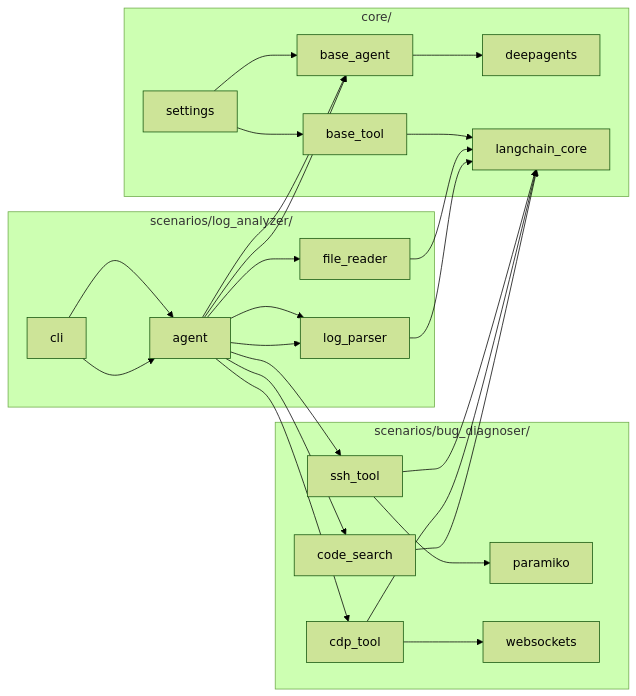
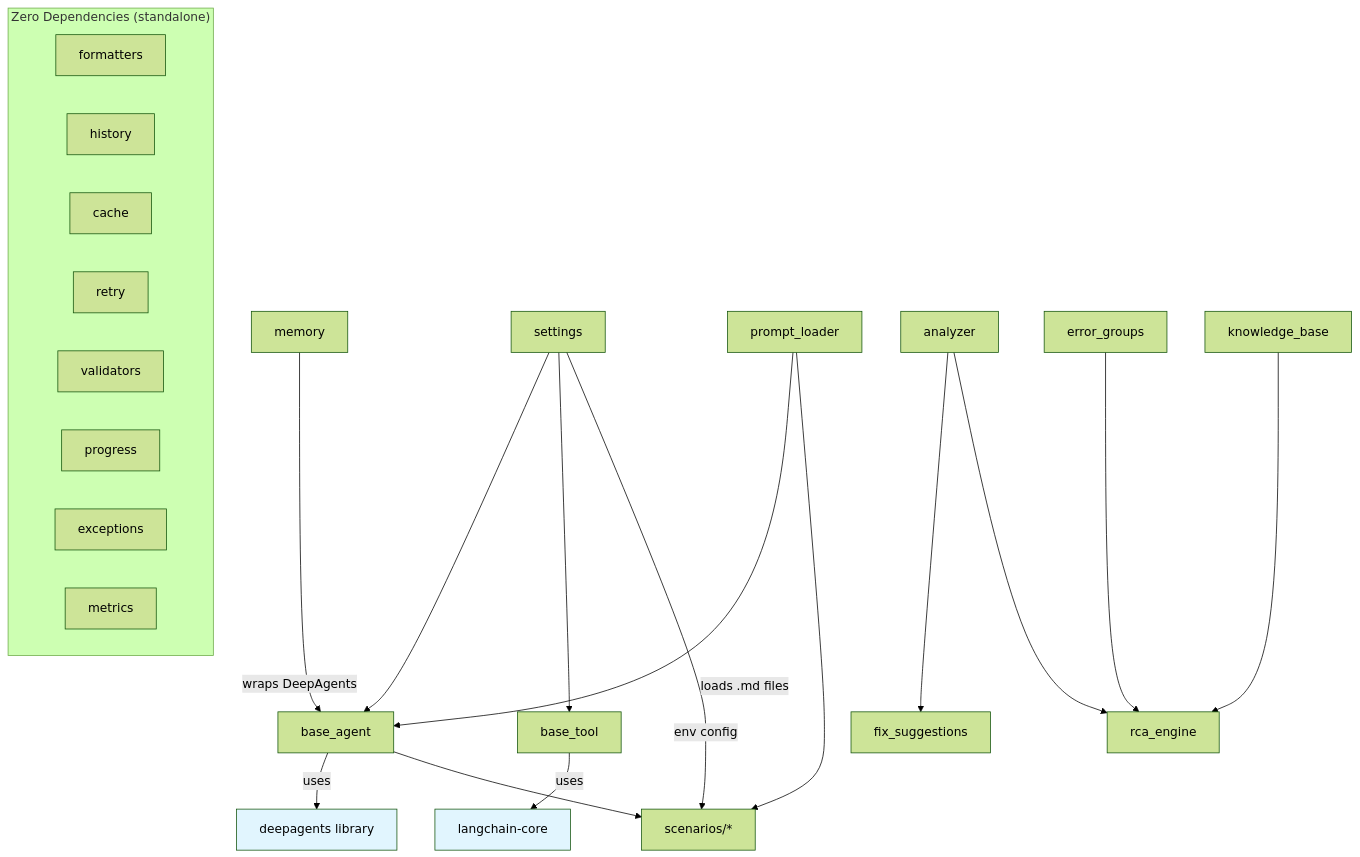
Before and after one commit to afine907/agent-bug-killer: the seventh of 10 diagrams in docs/architecture.md, drawn with Mermaid (forest theme). The commit also changed other lines of this file and 22 other files, not shown here.

````diff
--- a/docs/architecture.md
+++ b/docs/architecture.md
@@ -126,32 +356,32 @@
 ```mermaid
-graph LR
-    subgraph "core/"
-        settings --> base_agent
-        settings --> base_tool
-        base_agent --> deepagents
-        base_tool --> langchain_core
+graph TD
+    settings --> base_agent & base_tool
+    prompt_loader --> |"loads .md files"| base_agent
+    memory --> |"wraps DeepAgents"| base_agent
+
+    base_agent --> |"uses"| deepagents[deepagents library]
+    base_tool --> |"uses"| langchain[langchain-core]
+
+    analyzer --> fix_suggestions
+    error_groups --> rca_engine
+    analyzer --> rca_engine
+    knowledge_base --> rca_engine
+
+    settings --> |"env config"| scenarios[scenarios/*]
+    base_agent --> scenarios
+    prompt_loader --> scenarios
+
+    subgraph "Zero Dependencies (standalone)"
+        formatters
+        history
+        cache
+        retry
+        validators
+        progress
+        exceptions
+        metrics
     end
 
-    subgraph "scenarios/log_analyzer/"
-        file_reader --> langchain_core
-        log_parser --> langchain_core
-        agent --> base_agent
-        agent --> file_reader
-        agent --> log_parser
-        cli --> agent
-    end
-
-    subgraph "scenarios/bug_diagnoser/"
-        ssh_tool --> paramiko
-        ssh_tool --> langchain_core
-        cdp_tool --> websockets
-        cdp_tool --> langchain_core
-        code_search --> langchain_core
-        agent --> base_agent
-        agent --> ssh_tool
-        agent --> cdp_tool
-        agent --> code_search
-        agent --> log_parser
-        cli --> agent
-    end
+    style deepagents fill:#e1f5fe
+    style langchain fill:#e1f5fe
 ```
````
